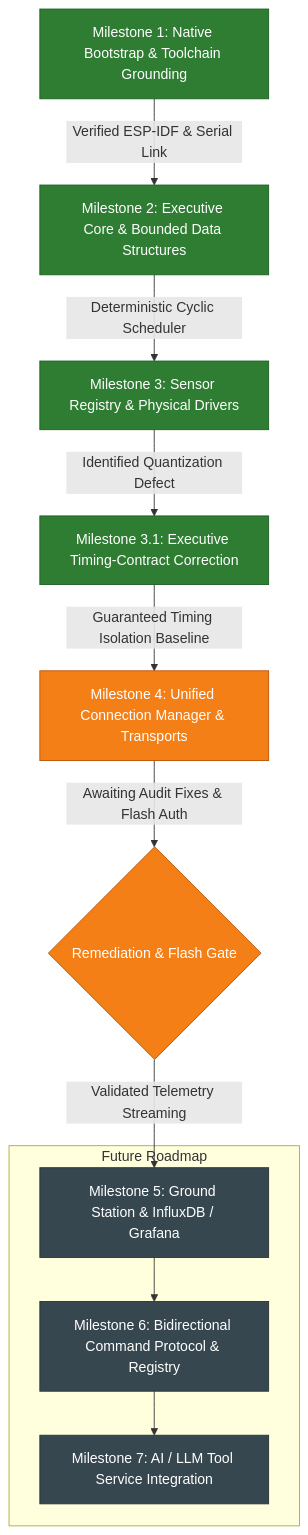
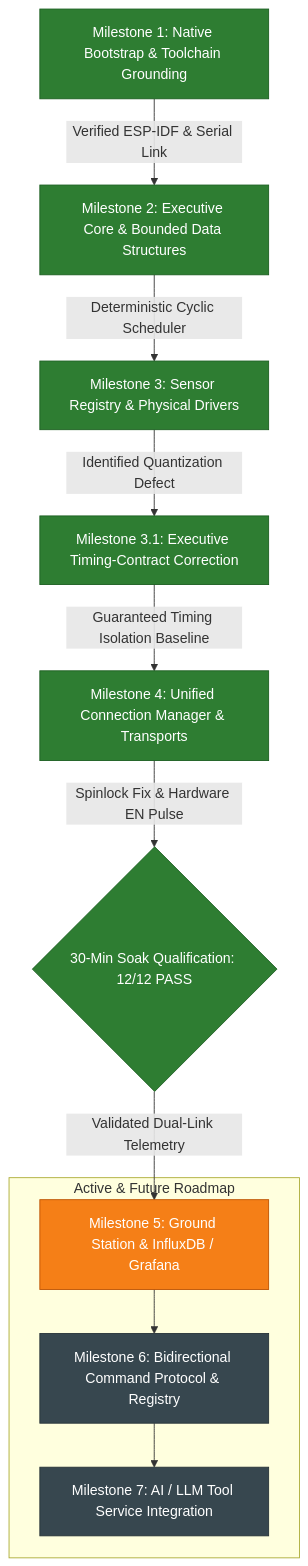
The diagram in docs/milestones/README.md (aryan-madhavi/NEXUS), drawn with Mermaid before and after one commit. The commit also changed other lines of this file and 26 other files, not shown here.

First line of the commit message:
feat(milestone-4): finalize transport reliability and soak qualification

````diff
--- a/docs/milestones/README.md
+++ b/docs/milestones/README.md
@@ -68,31 +70,32 @@
 ```mermaid
 flowchart TD
     M1[Milestone 1: Native Bootstrap & Toolchain Grounding]
     M2[Milestone 2: Executive Core & Bounded Data Structures]
     M3[Milestone 3: Sensor Registry & Physical Drivers]
     M3_1[Milestone 3.1: Executive Timing-Contract Correction]
     M4[Milestone 4: Unified Connection Manager & Transports]
+    M4_Gate{30-Min Soak Qualification: 12/12 PASS}
     
-    subgraph Future Roadmap
+    subgraph Active & Future Roadmap
         M5[Milestone 5: Ground Station & InfluxDB / Grafana]
         M6[Milestone 6: Bidirectional Command Protocol & Registry]
         M7[Milestone 7: AI / LLM Tool Service Integration]
     end
 
     M1 -->|Verified ESP-IDF & Serial Link| M2
     M2 -->|Deterministic Cyclic Scheduler| M3
     M3 -->|Identified Quantization Defect| M3_1
     M3_1 -->|Guaranteed Timing Isolation Baseline| M4
-    M4 -->|Awaiting Audit Fixes & Flash Auth| M4_Gate{Remediation & Flash Gate}
-    M4_Gate -->|Validated Telemetry Streaming| M5
+    M4 -->|Spinlock Fix & Hardware EN Pulse| M4_Gate
+    M4_Gate -->|Validated Dual-Link Telemetry| M5
     M5 --> M6
     M6 --> M7
 
     classDef done fill:#2e7d32,stroke:#1b5e20,color:#ffffff;
     classDef pending fill:#f57f17,stroke:#bc5100,color:#ffffff;
     classDef future fill:#37474f,stroke:#263238,color:#ffffff;
     
-    class M1,M2,M3,M3_1 done;
-    class M4,M4_Gate pending;
-    class M5,M6,M7 future;
+    class M1,M2,M3,M3_1,M4,M4_Gate done;
+    class M5 pending;
+    class M6,M7 future;
 ```
````
